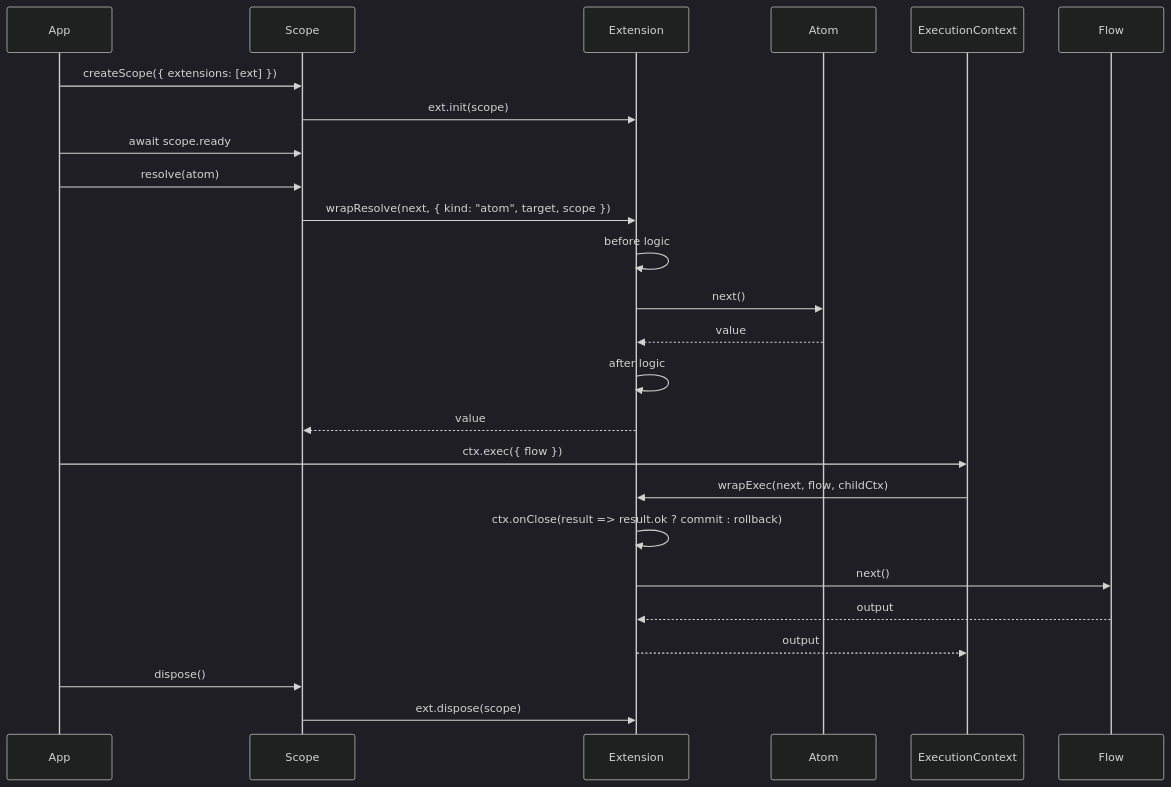
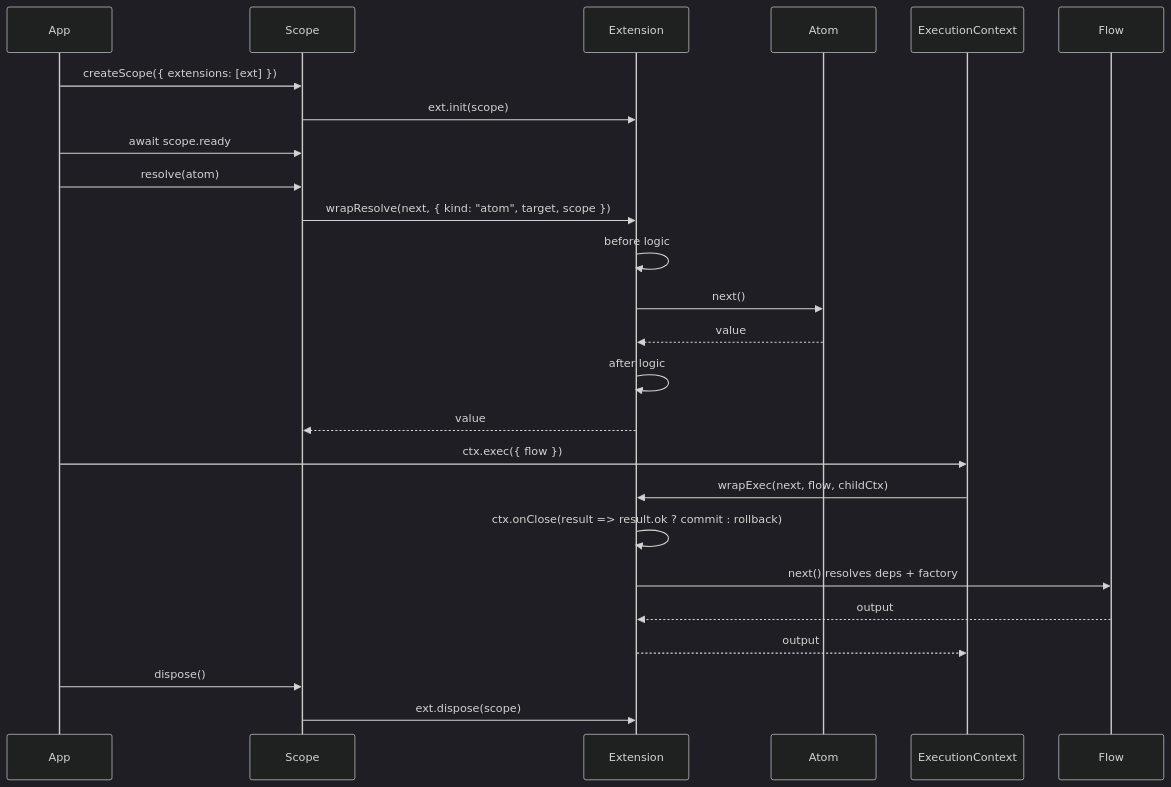
The second of 11 diagrams in packages/lite/PATTERNS.md (pumped-fn/pumped-fn), drawn with Mermaid (dark theme) before and after one commit. The commit also changed 7 other files, not shown here.

Commit message:
Make exec extensions wrap full flow steps

````diff
--- a/packages/lite/PATTERNS.md
+++ b/packages/lite/PATTERNS.md
@@ -37,31 +37,31 @@
 ```mermaid
 sequenceDiagram
     participant App
     participant Scope
     participant Ext as Extension
     participant Atom
     participant Ctx as ExecutionContext
     participant Flow
 
     App->>Scope: createScope({ extensions: [ext] })
     Scope->>Ext: ext.init(scope)
     App->>Scope: await scope.ready
 
     App->>Scope: resolve(atom)
     Scope->>Ext: wrapResolve(next, { kind: "atom", target, scope })
     Ext->>Ext: before logic
     Ext->>Atom: next()
     Atom-->>Ext: value
     Ext->>Ext: after logic
     Ext-->>Scope: value
 
     App->>Ctx: ctx.exec({ flow })
     Ctx->>Ext: wrapExec(next, flow, childCtx)
     Ext->>Ext: ctx.onClose(result => result.ok ? commit : rollback)
-    Ext->>Flow: next()
+    Ext->>Flow: next() resolves deps + factory
     Flow-->>Ext: output
     Ext-->>Ctx: output
 
     App->>Scope: dispose()
     Scope->>Ext: ext.dispose(scope)
 ```
````
